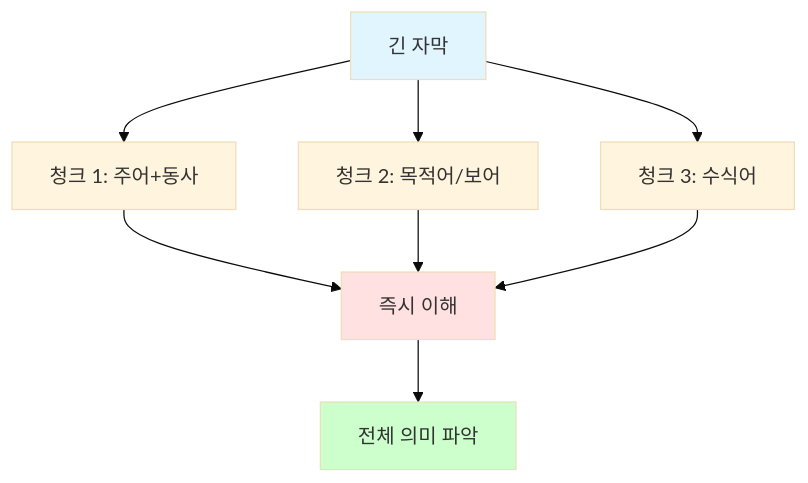
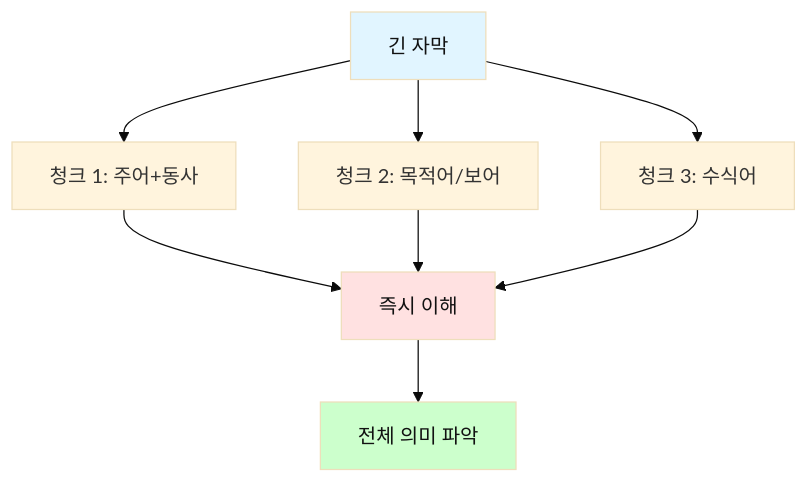
Before and after one commit to Collegenie-X/AI-English: the fourth of 7 diagrams in 영어_독해/02_자막_독해_패턴.md, drawn with Mermaid (base theme). The commit also changed other lines of this file and 26 other files, not shown here.

````diff
--- a/영어_독해/02_자막_독해_패턴.md
+++ b/영어_독해/02_자막_독해_패턴.md
@@ -130,16 +182,16 @@
 ```mermaid
 flowchart TD
     A[긴 자막] --> B[청크 1: 주어+동사]
     A --> C[청크 2: 목적어/보어]
     A --> D[청크 3: 수식어]
     
     B --> E[즉시 이해]
     C --> E
     D --> E
     
     E --> F[전체 의미 파악]
     
-    style A fill:#e1f5ff
-    style E fill:#ffe1e1
-    style F fill:#ccffcc
+    style A fill:#e1f5ff,color:#111
+    style E fill:#ffe1e1,color:#111
+    style F fill:#ccffcc,color:#111,color:#111
 ```
````
